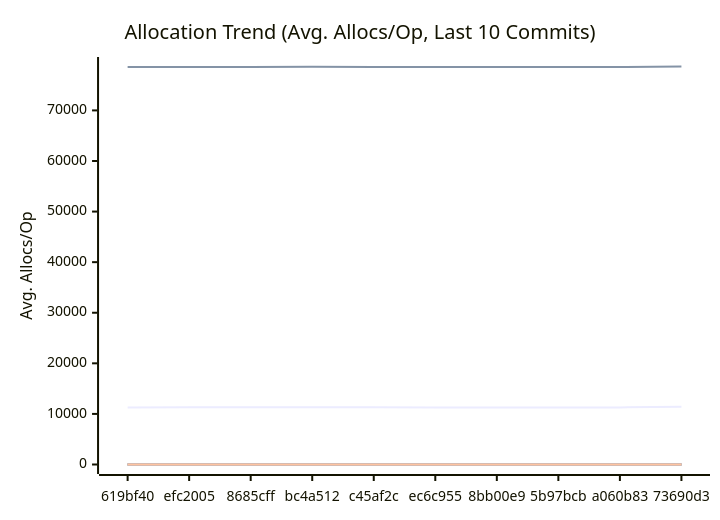
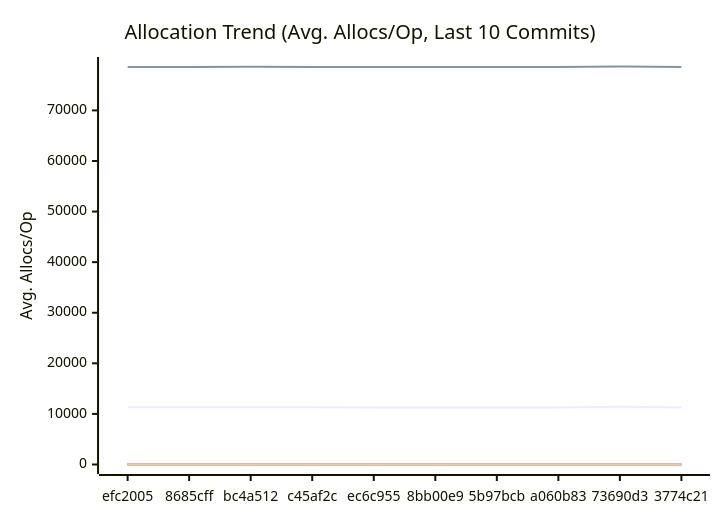
The third of 3 diagrams in docs/PERFORMANCE.md (alsotoes/momo), drawn with Mermaid before and after one commit. The commit also changed other lines of this file and 15 other files, not shown here.

````diff
--- a/docs/PERFORMANCE.md
+++ b/docs/PERFORMANCE.md
@@ -197,20 +198,20 @@
 ```mermaid
 xychart-beta
     title "Allocation Trend (Avg. Allocs/Op, Last 10 Commits)"
     x-axis "Commit"
     y-axis "Avg. Allocs/Op"
-    x-axis [619bf40,efc2005,8685cff,bc4a512,c45af2c,ec6c955,8bb00e9,5b97bcb,a060b83,73690d3]
-    line "AWSChunkedReaderSigned" [11291,11308,11295,11329,11303,11273,11278,11291,11291,11422]
-    line "AWSChunkedReaderUnsigned" [78562,78577,78570,78609,78592,78561,78567,78580,78580,78679]
+    x-axis [efc2005,8685cff,bc4a512,c45af2c,ec6c955,8bb00e9,5b97bcb,a060b83,73690d3,3774c21]
+    line "AWSChunkedReaderSigned" [11308,11295,11329,11303,11273,11278,11291,11291,11422,11290]
+    line "AWSChunkedReaderUnsigned" [78577,78570,78609,78592,78561,78567,78580,78580,78679,78587]
     line "CheckMetricsAndSwap" [0,0,0,0,0,0,0,0,0,0]
     line "CrushOptimized" [0,0,0,0,0,0,0,0,0,0]
     line "CrushOriginal" [3,3,3,3,3,3,3,3,3,3]
     line "IndexDirectTracking" [0,0,0,0,0,0,0,0,0,0]
     line "IndexSearch" [0,0,0,0,0,0,0,0,0,0]
-    line "LoadGlobalConfig" [46,46,46,46,46,46,46,46,46,46]
+    line "LoadGlobalConfig" [46,46,46,46,46,46,46,46,46,50]
     line "PadString" [1,1,1,1,1,1,1,1,1,1]
     line "ParseReplicationOrder_NoPrealloc" [6,6,6,6,6,5,5,5,5,5]
     line "ParseReplicationOrder_Prealloc" [2,2,2,2,2,1,1,1,1,1]
     line "SanitizeLog/Safe" [0,0,0,0,0,0,0,0,0,0]
     line "SanitizeLog/Unsafe" [1,1,1,1,1,1,1,1,1,1]
 ```
````
